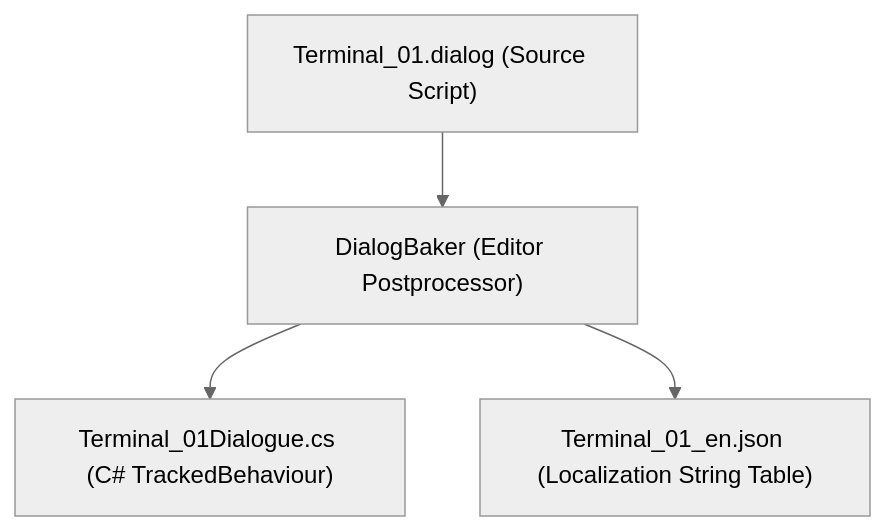
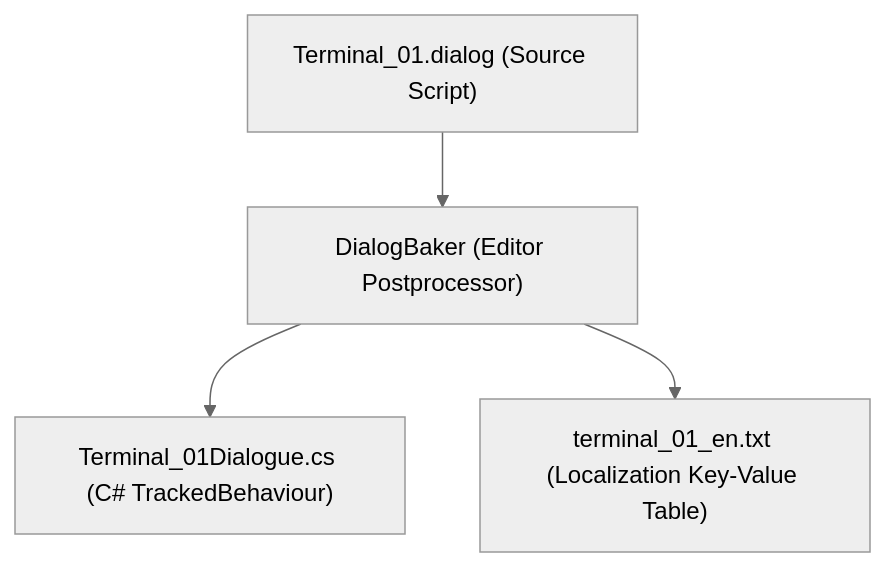
The diagram in Assets/ProjectManagement/Dialogue Script Syntax & Specification.md (ThiagoDAraujoS/Hollow-Signal), drawn with Mermaid (neutral theme) before and after one commit. The commit also changed other lines of this file and 43 other files, not shown here.

````diff
--- a/Assets/ProjectManagement/Dialogue Script Syntax & Specification.md
+++ b/Assets/ProjectManagement/Dialogue Script Syntax & Specification.md
@@ -13,9 +13,9 @@
 ```mermaid
 graph TD
     Source["Terminal_01.dialog (Source Script)"]
     Compiler["DialogBaker (Editor Postprocessor)"]
     
     Source --> Compiler
     Compiler --> CSharp["Terminal_01Dialogue.cs (C# TrackedBehaviour)"]
-    Compiler --> LocJSON["Terminal_01_en.json (Localization String Table)"]
+    Compiler --> LocTXT["terminal_01_en.txt (Localization Key-Value Table)"]
 ```
````
